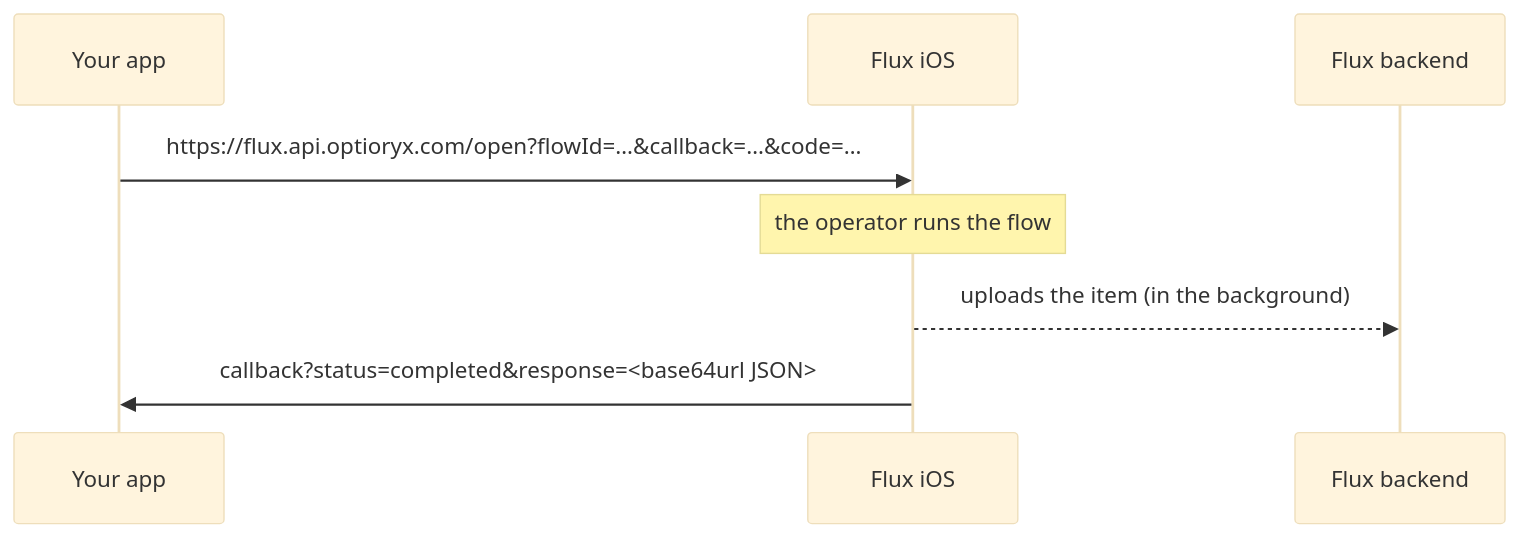
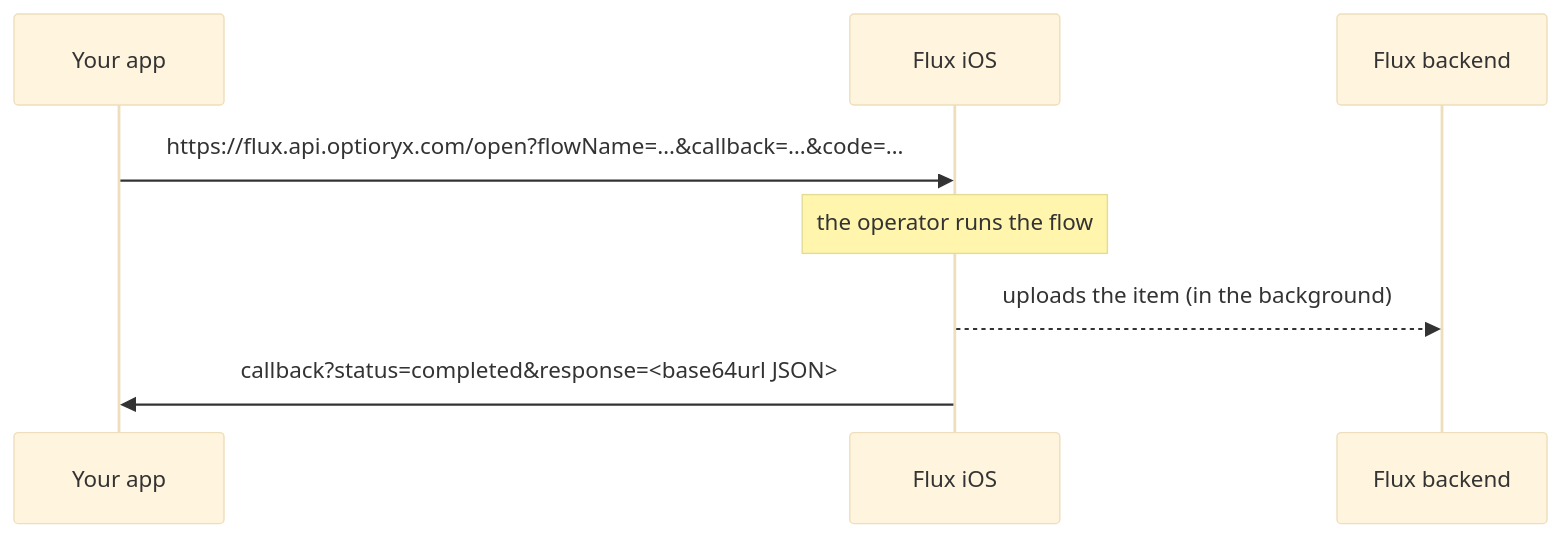
One commit to Optioryx/ExampleDimmyIntegratedApp changed the diagram in README.md. Above: the diagram before and after it, drawn with Mermaid (base theme). The commit also changed other lines of this file and 3 other files, not shown here.

First line of the commit message:
Select the Flux flow by name (flowName) (#2)

````diff
--- a/README.md
+++ b/README.md
@@ -128,10 +129,10 @@
 ```mermaid
 sequenceDiagram
     participant App as Your app
     participant Flux as Flux iOS
     participant API as Flux backend
-    App->>Flux: https://flux.api.optioryx.com/open?flowId=…&callback=…&code=…
+    App->>Flux: https://flux.api.optioryx.com/open?flowName=…&callback=…&code=…
     Note over Flux: the operator runs the flow
     Flux-->>API: uploads the item (in the background)
     Flux->>App: callback?status=completed&response=<base64url JSON>
 ```
````
